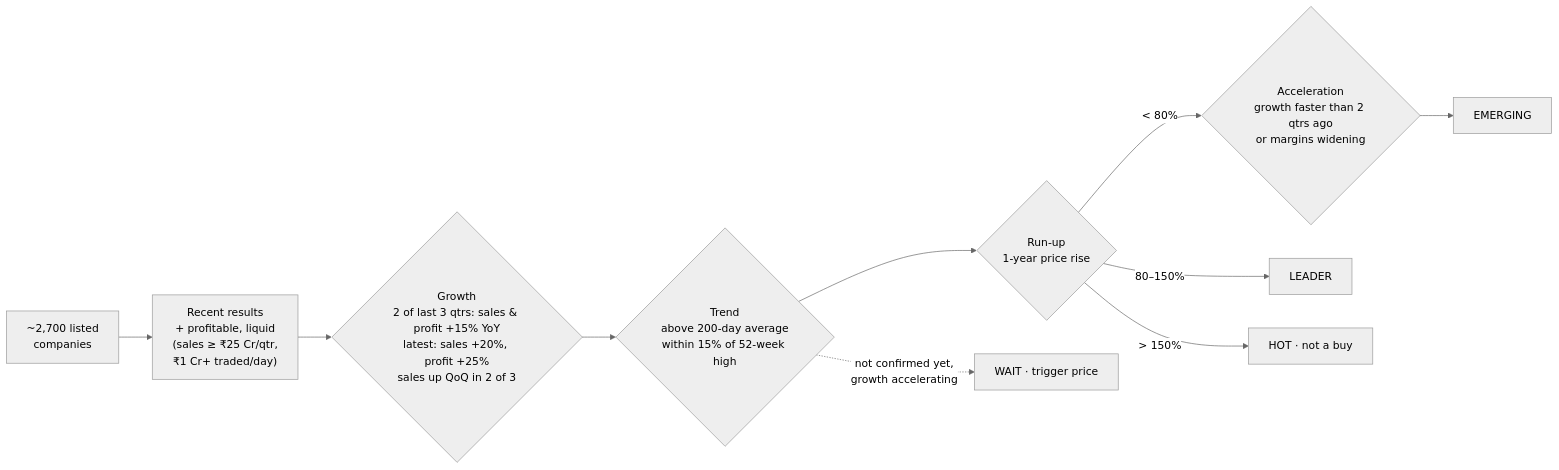
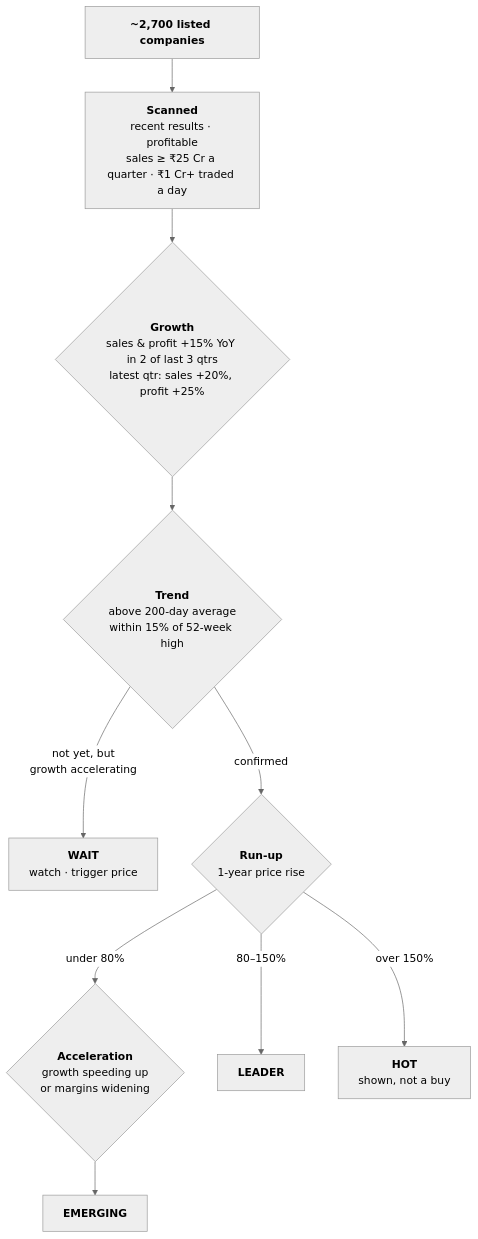
Before and after one commit to webtools-dotcom/growing-stocks: the first of 2 diagrams in README.md, drawn with Mermaid (neutral theme). The commit also changed other lines of this file, not shown here.

Commit message:
README: readable top-down diagrams

````diff
--- a/README.md
+++ b/README.md
@@ -145,12 +145,12 @@
 ```mermaid
-flowchart LR
-    A["~2,700 listed<br/>companies"] --> B["Recent results<br/>+ profitable, liquid<br/>(sales ≥ ₹25 Cr/qtr,<br/>₹1 Cr+ traded/day)"]
-    B --> C{"Growth<br/>2 of last 3 qtrs: sales & profit +15% YoY<br/>latest: sales +20%, profit +25%<br/>sales up QoQ in 2 of 3"}
-    C --> E{"Trend<br/>above 200-day average<br/>within 15% of 52-week high"}
-    E --> F{"Run-up<br/>1-year price rise"}
-    F -->|"< 80%"| D{"Acceleration<br/>growth faster than 2 qtrs ago<br/>or margins widening"}
-    D --> G["EMERGING"]
-    F -->|"80–150%"| H["LEADER"]
-    F -->|"> 150%"| I["HOT · not a buy"]
-    E -.->|"not confirmed yet,<br/>growth accelerating"| J["WAIT · trigger price"]
+flowchart TD
+    A["<b>~2,700 listed companies</b>"] --> B["<b>Scanned</b><br/>recent results · profitable<br/>sales ≥ ₹25 Cr a quarter · ₹1 Cr+ traded a day"]
+    B --> C{"<b>Growth</b><br/>sales & profit +15% YoY in 2 of last 3 qtrs<br/>latest qtr: sales +20%, profit +25%"}
+    C --> E{"<b>Trend</b><br/>above 200-day average<br/>within 15% of 52-week high"}
+    E -->|"not yet, but<br/>growth accelerating"| J["<b>WAIT</b><br/>watch · trigger price"]
+    E -->|confirmed| F{"<b>Run-up</b><br/>1-year price rise"}
+    F -->|"under 80%"| D{"<b>Acceleration</b><br/>growth speeding up<br/>or margins widening"}
+    F -->|"80–150%"| H["<b>LEADER</b>"]
+    F -->|"over 150%"| I["<b>HOT</b><br/>shown, not a buy"]
+    D --> G["<b>EMERGING</b>"]
 ```
````
